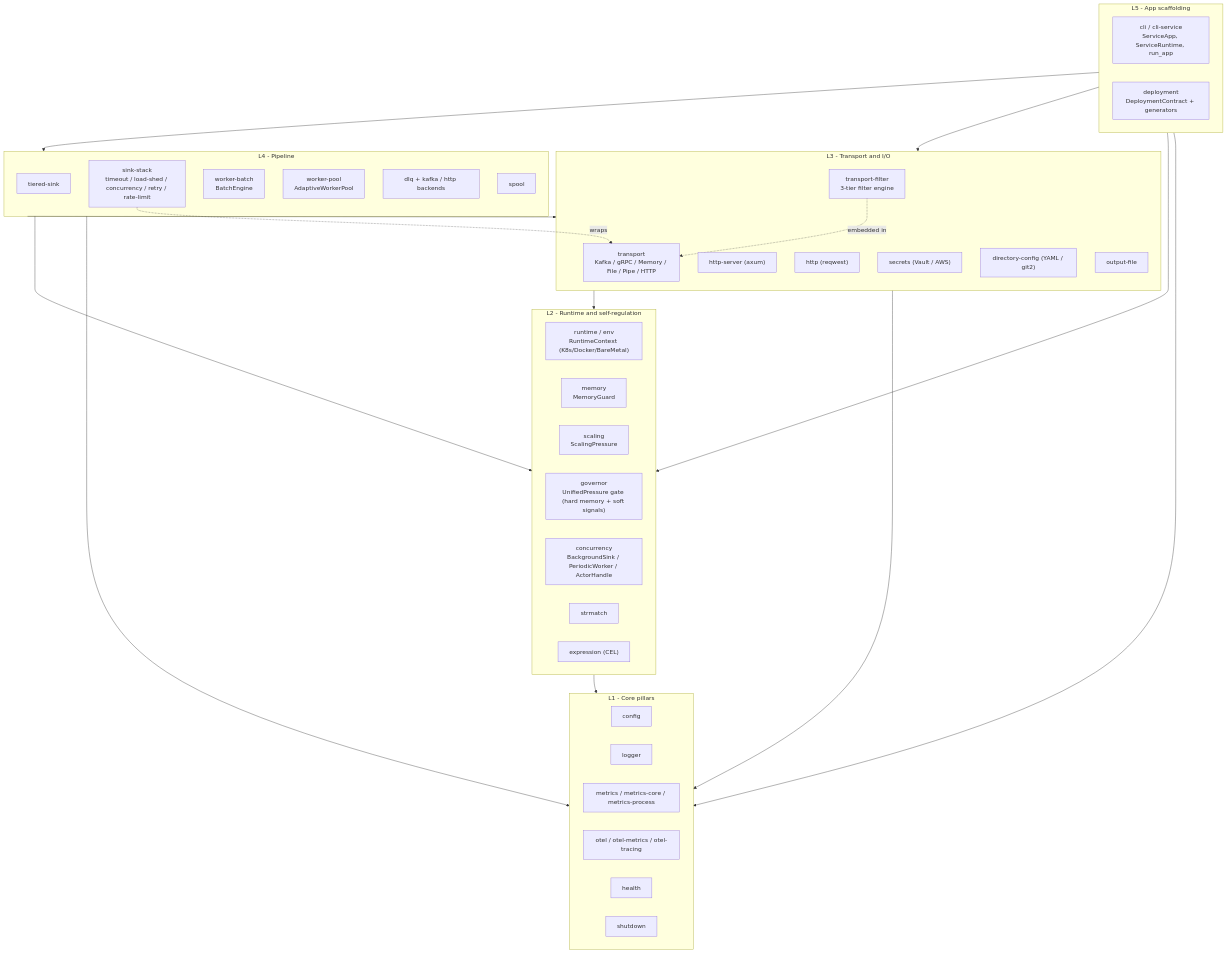
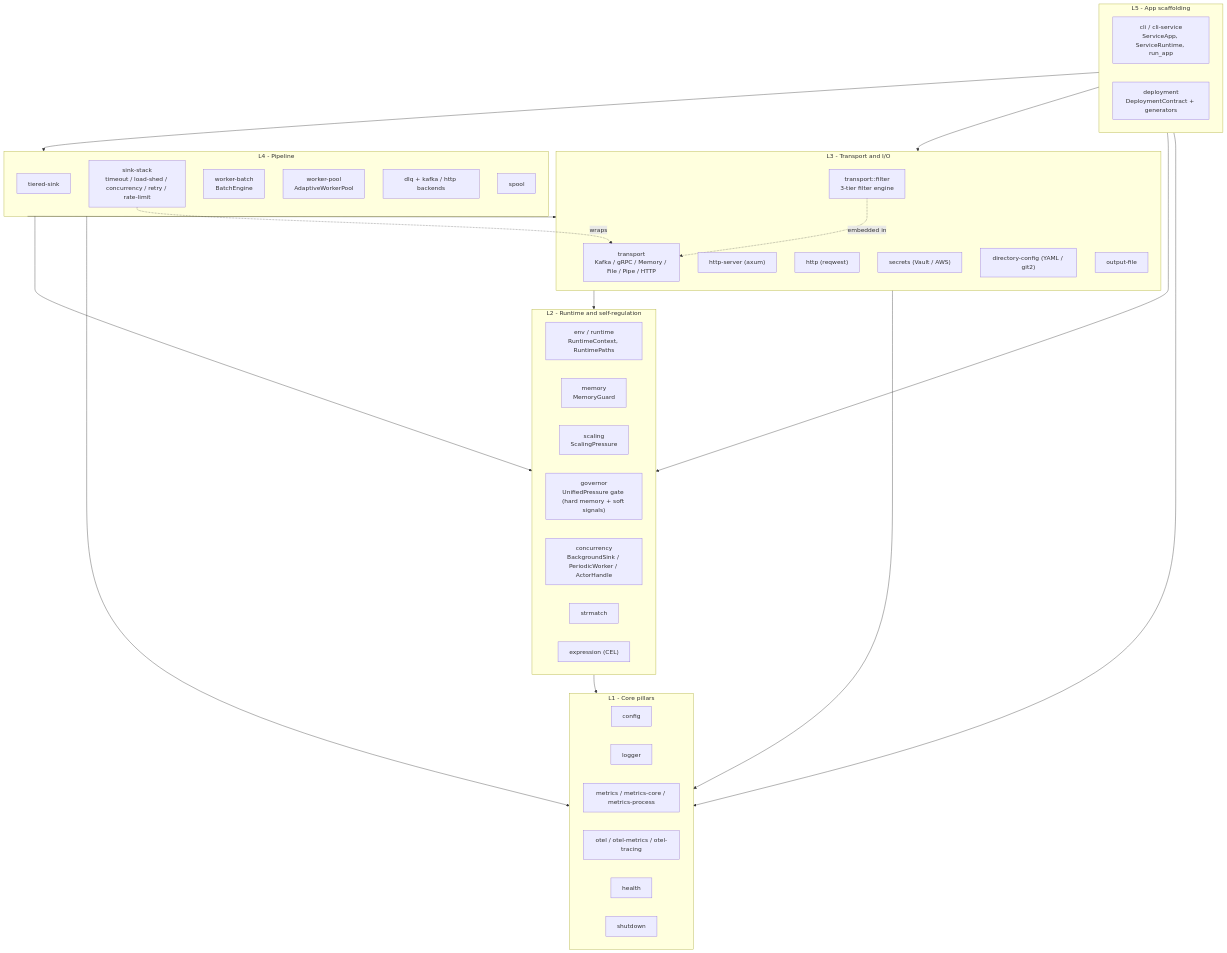
One commit to hyperi-io/scalo-rs changed the diagram in docs/architecture.md. Above: the diagram before and after it, drawn with Mermaid. The commit also changed other lines of this file and 56 other files, not shown here.

````diff
--- a/docs/architecture.md
+++ b/docs/architecture.md
@@ -7,58 +7,58 @@
 ```mermaid
 flowchart TB
     subgraph L5["L5 - App scaffolding"]
         CLI["cli / cli-service<br/>ServiceApp, ServiceRuntime, run_app"]
         DEP["deployment<br/>DeploymentContract + generators"]
     end
 
     subgraph L4["L4 - Pipeline"]
         TS["tiered-sink"]
         SK["sink-stack<br/>timeout / load-shed / concurrency / retry / rate-limit"]
         BE["worker-batch<br/>BatchEngine"]
         WP["worker-pool<br/>AdaptiveWorkerPool"]
         DLQ["dlq + kafka / http backends"]
         SPL["spool"]
     end
 
     subgraph L3["L3 - Transport and I/O"]
         T["transport<br/>Kafka / gRPC / Memory / File / Pipe / HTTP"]
-        TF["transport-filter<br/>3-tier filter engine"]
+        TF["transport::filter<br/>3-tier filter engine"]
         HS["http-server (axum)"]
         HC["http (reqwest)"]
         SEC["secrets (Vault / AWS)"]
         DC["directory-config (YAML / git2)"]
         OF["output-file"]
     end
 
     subgraph L2["L2 - Runtime and self-regulation"]
-        RC["runtime / env<br/>RuntimeContext (K8s/Docker/BareMetal)"]
+        RC["env / runtime<br/>RuntimeContext, RuntimePaths"]
         MEM["memory<br/>MemoryGuard"]
         SCA["scaling<br/>ScalingPressure"]
         GOV["governor<br/>UnifiedPressure gate (hard memory + soft signals)"]
         CON["concurrency<br/>BackgroundSink / PeriodicWorker / ActorHandle"]
         STR["strmatch"]
         EXP["expression (CEL)"]
     end
 
     subgraph L1["L1 - Core pillars"]
         CFG["config"]
         LOG["logger"]
         MET["metrics / metrics-core / metrics-process"]
         OTEL["otel / otel-metrics / otel-tracing"]
         HLT["health"]
         SHUT["shutdown"]
     end
 
     L5 --> L4
     L5 --> L3
     L5 --> L2
     L5 --> L1
     L4 --> L3
     L4 --> L2
     L4 --> L1
     L3 --> L2
     L3 --> L1
     L2 --> L1
     SK -.->|wraps| T
     TF -.->|embedded in| T
 ```
````
